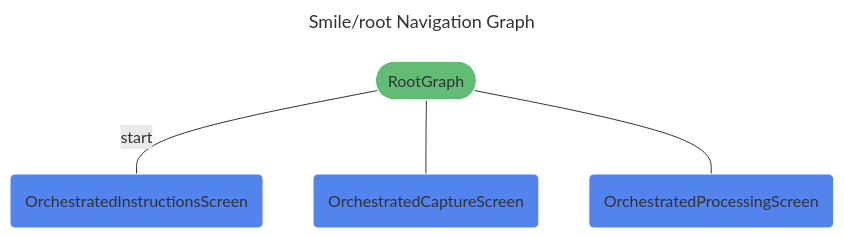
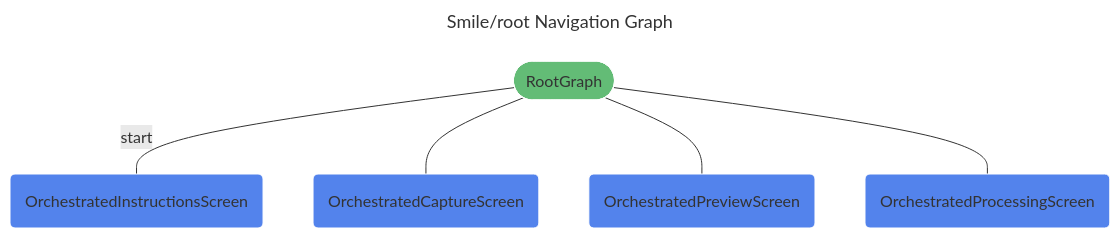
The diagram in navigation-docs/RootNavGraph.mmd (smileidentity/android), drawn with Mermaid before and after one commit. The commit also changed 5 other files, not shown here.

Commit message:
added preview screen

```diff
--- a/navigation-docs/RootNavGraph.mmd
+++ b/navigation-docs/RootNavGraph.mmd
@@ -1,14 +1,15 @@
 ---
 title: Smile/root Navigation Graph
 ---
 %%{init: {'theme':'base', 'themeVariables': { 'primaryTextColor': '#fff' }}%%
 graph TD
 smile/root(["RootGraph"]) -- "start" --- smile/orchestrated_instructions_screen("OrchestratedInstructionsScreen")
 smile/root(["RootGraph"]) --- smile/orchestrated_capture_screen("OrchestratedCaptureScreen")
+smile/root(["RootGraph"]) --- smile/orchestrated_preview_screen("OrchestratedPreviewScreen")
 smile/root(["RootGraph"]) --- smile/orchestrated_processing_screen("OrchestratedProcessingScreen")
 
 
 classDef destination fill:#5383EC,stroke:#ffffff;
-class smile/orchestrated_capture_screen,smile/orchestrated_instructions_screen,smile/orchestrated_processing_screen destination;
+class smile/orchestrated_capture_screen,smile/orchestrated_instructions_screen,smile/orchestrated_preview_screen,smile/orchestrated_processing_screen destination;
 classDef navgraph fill:#63BC76,stroke:#ffffff;
 class smile/root navgraph;
```
